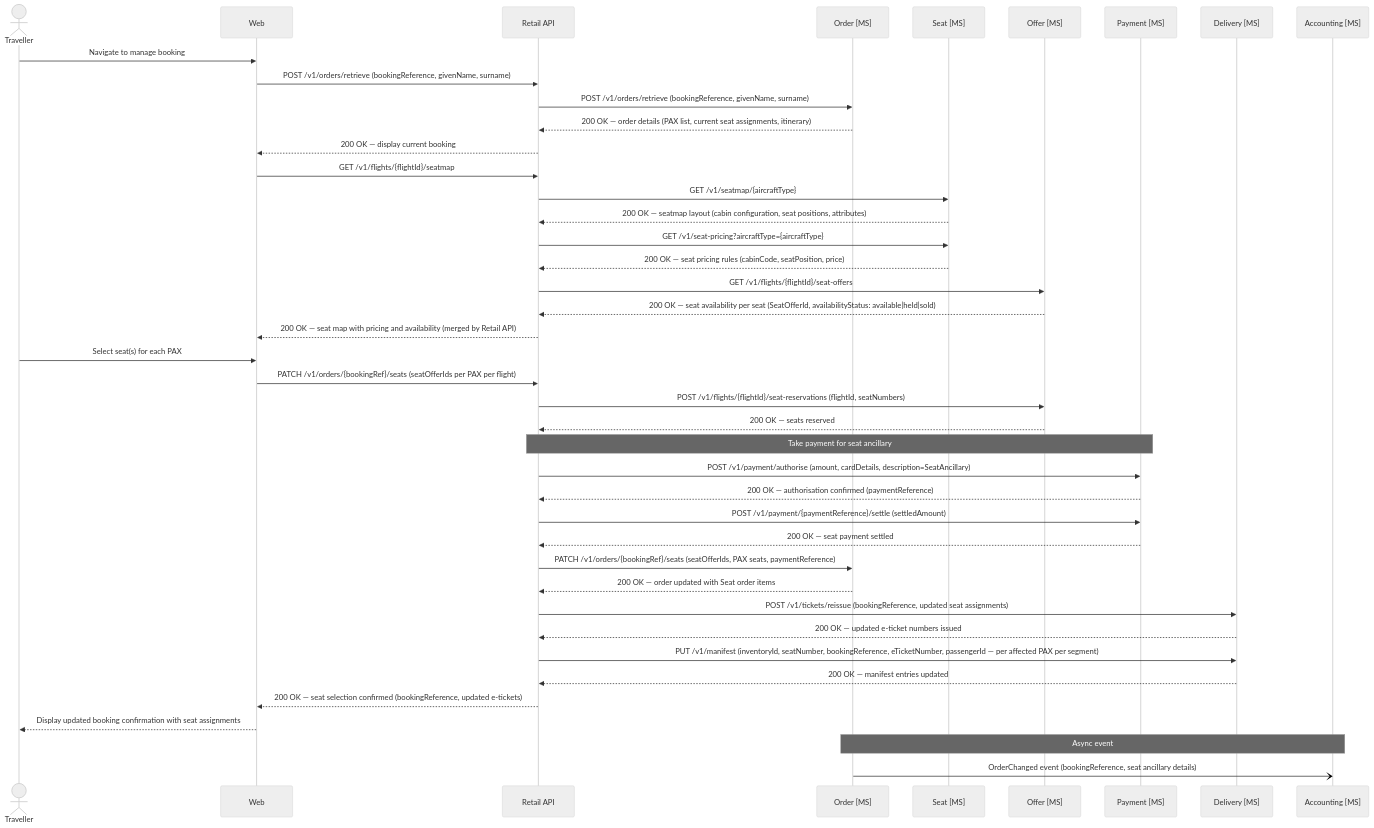
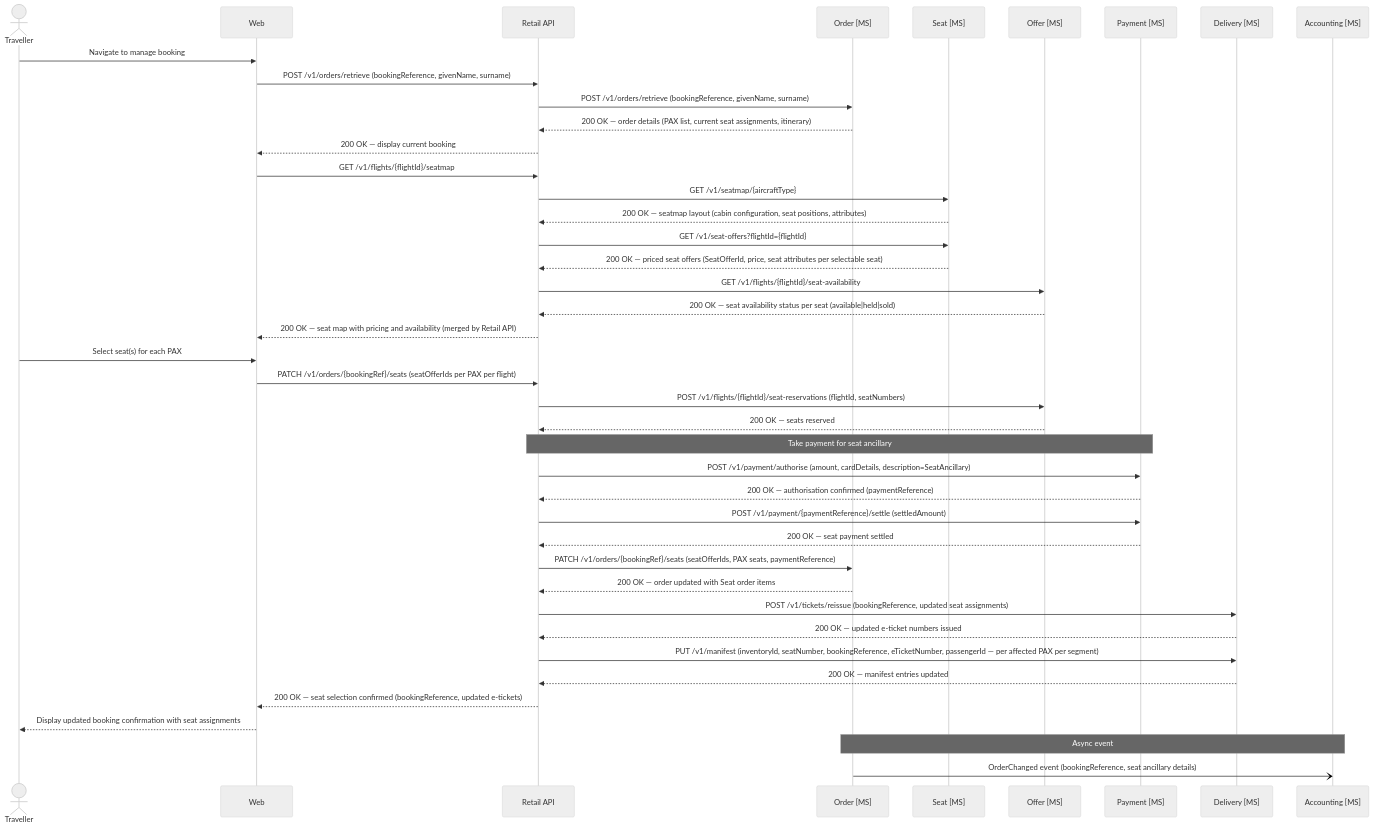
Before and after one commit to sebharvey/airline-reservation-system: diagram 15 of 27 in documentation/design.md, drawn with Mermaid (neutral theme). The commit also changed other lines of this file, not shown here.

First line of the commit message:
docs: fix remaining superseded seat endpoint references throughout design.md

````diff
--- a/documentation/design.md
+++ b/documentation/design.md
@@ -2475,56 +2476,56 @@
 ```mermaid
 sequenceDiagram
     actor Traveller
     participant Web
     participant RetailAPI as Retail API
     participant OrderMS as Order [MS]
     participant SeatMS as Seat [MS]
     participant OfferMS as Offer [MS]
     participant PaymentMS as Payment [MS]
     participant DeliveryMS as Delivery [MS]
     participant AccountingMS as Accounting [MS]
 
     Traveller->>Web: Navigate to manage booking
 
     Web->>RetailAPI: POST /v1/orders/retrieve (bookingReference, givenName, surname)
     RetailAPI->>OrderMS: POST /v1/orders/retrieve (bookingReference, givenName, surname)
     OrderMS-->>RetailAPI: 200 OK — order details (PAX list, current seat assignments, itinerary)
     RetailAPI-->>Web: 200 OK — display current booking
 
     Web->>RetailAPI: GET /v1/flights/{flightId}/seatmap
     RetailAPI->>SeatMS: GET /v1/seatmap/{aircraftType}
     SeatMS-->>RetailAPI: 200 OK — seatmap layout (cabin configuration, seat positions, attributes)
-    RetailAPI->>SeatMS: GET /v1/seat-pricing?aircraftType={aircraftType}
-    SeatMS-->>RetailAPI: 200 OK — seat pricing rules (cabinCode, seatPosition, price)
-    RetailAPI->>OfferMS: GET /v1/flights/{flightId}/seat-offers
-    OfferMS-->>RetailAPI: 200 OK — seat availability per seat (SeatOfferId, availabilityStatus: available|held|sold)
+    RetailAPI->>SeatMS: GET /v1/seat-offers?flightId={flightId}
+    SeatMS-->>RetailAPI: 200 OK — priced seat offers (SeatOfferId, price, seat attributes per selectable seat)
+    RetailAPI->>OfferMS: GET /v1/flights/{flightId}/seat-availability
+    OfferMS-->>RetailAPI: 200 OK — seat availability status per seat (available|held|sold)
     RetailAPI-->>Web: 200 OK — seat map with pricing and availability (merged by Retail API)
 
     Traveller->>Web: Select seat(s) for each PAX
 
     Web->>RetailAPI: PATCH /v1/orders/{bookingRef}/seats (seatOfferIds per PAX per flight)
 
     RetailAPI->>OfferMS: POST /v1/flights/{flightId}/seat-reservations (flightId, seatNumbers)
     OfferMS-->>RetailAPI: 200 OK — seats reserved
 
     Note over RetailAPI, PaymentMS: Take payment for seat ancillary
     RetailAPI->>PaymentMS: POST /v1/payment/authorise (amount, cardDetails, description=SeatAncillary)
     PaymentMS-->>RetailAPI: 200 OK — authorisation confirmed (paymentReference)
     RetailAPI->>PaymentMS: POST /v1/payment/{paymentReference}/settle (settledAmount)
     PaymentMS-->>RetailAPI: 200 OK — seat payment settled
 
     RetailAPI->>OrderMS: PATCH /v1/orders/{bookingRef}/seats (seatOfferIds, PAX seats, paymentReference)
     OrderMS-->>RetailAPI: 200 OK — order updated with Seat order items
 
     RetailAPI->>DeliveryMS: POST /v1/tickets/reissue (bookingReference, updated seat assignments)
     DeliveryMS-->>RetailAPI: 200 OK — updated e-ticket numbers issued
 
     RetailAPI->>DeliveryMS: PUT /v1/manifest (inventoryId, seatNumber, bookingReference, eTicketNumber, passengerId — per affected PAX per segment)
     DeliveryMS-->>RetailAPI: 200 OK — manifest entries updated
 
     RetailAPI-->>Web: 200 OK — seat selection confirmed (bookingReference, updated e-tickets)
     Web-->>Traveller: Display updated booking confirmation with seat assignments
 
     Note over OrderMS, AccountingMS: Async event
     OrderMS-)AccountingMS: OrderChanged event (bookingReference, seat ancillary details)
 ```
````
